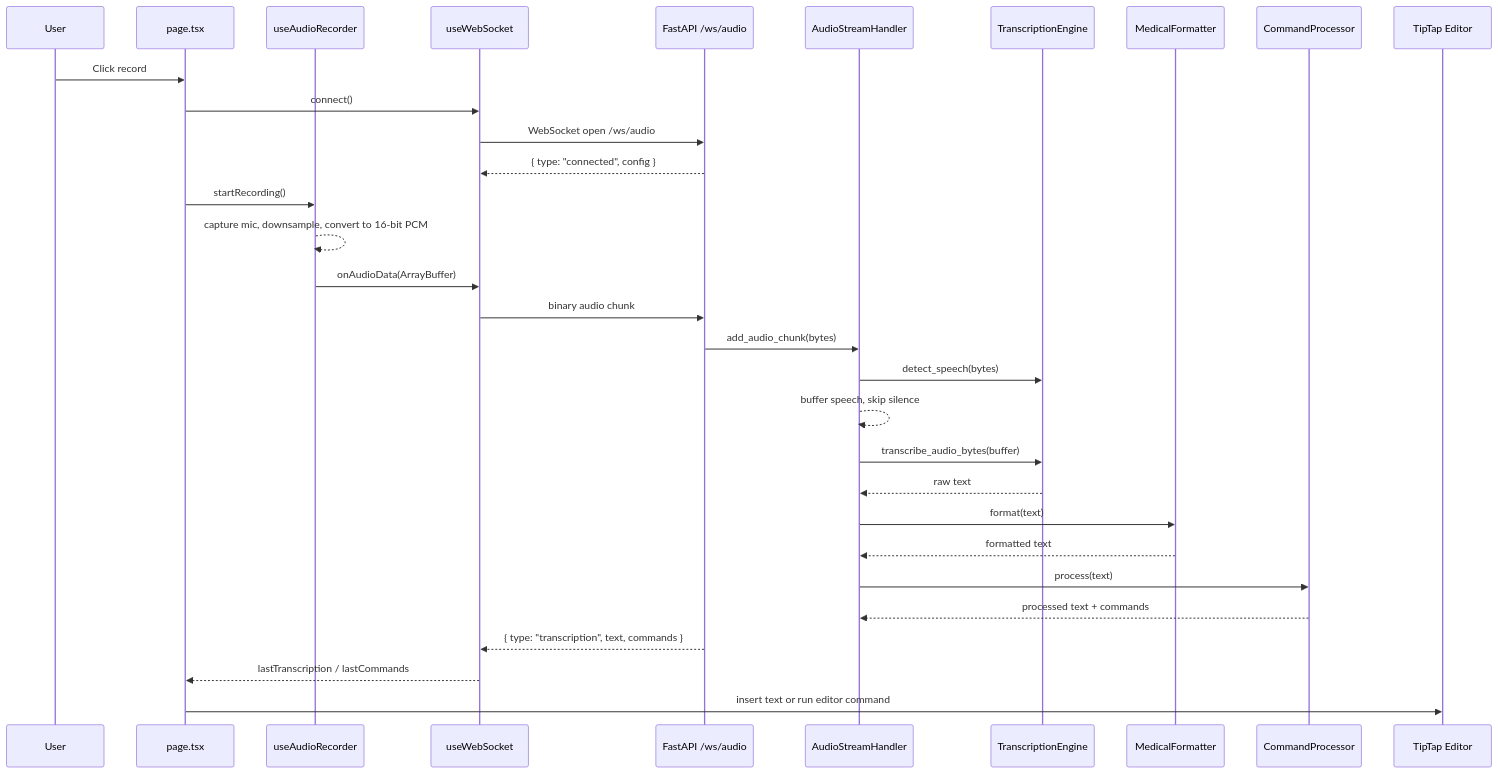
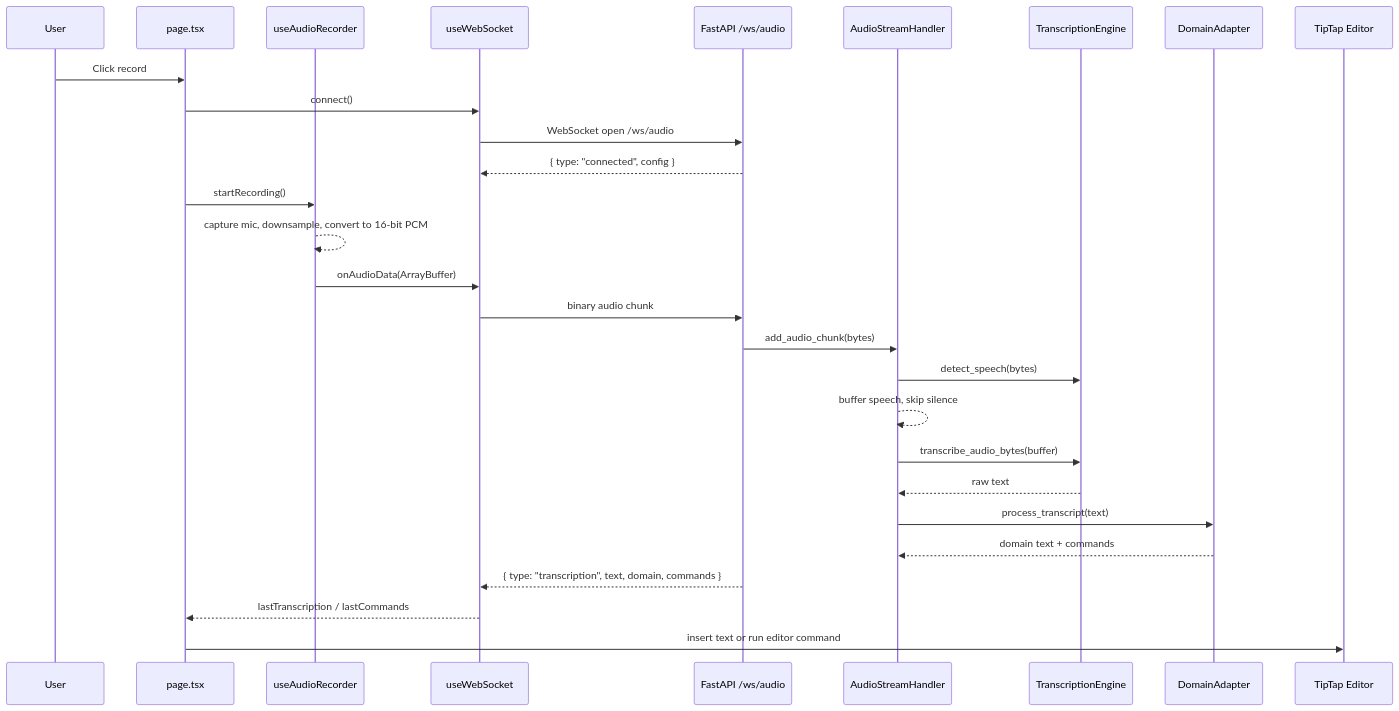
One commit to mrimmortal/Trans changed the second of 4 diagrams in medical-dictation/ARCHITECTURE_GRAPH.md. Above: the diagram before and after it, drawn with Mermaid. The commit also changed other lines of this file and 20 other files, not shown here.

````diff
--- a/medical-dictation/ARCHITECTURE_GRAPH.md
+++ b/medical-dictation/ARCHITECTURE_GRAPH.md
@@ -86,34 +88,31 @@
 ```mermaid
 sequenceDiagram
   participant U as User
   participant P as page.tsx
   participant R as useAudioRecorder
   participant W as useWebSocket
   participant B as FastAPI /ws/audio
   participant H as AudioStreamHandler
   participant E as TranscriptionEngine
-  participant F as MedicalFormatter
-  participant C as CommandProcessor
+  participant D as DomainAdapter
   participant T as TipTap Editor
 
   U->>P: Click record
   P->>W: connect()
   W->>B: WebSocket open /ws/audio
   B-->>W: { type: "connected", config }
   P->>R: startRecording()
   R-->>R: capture mic, downsample, convert to 16-bit PCM
   R->>W: onAudioData(ArrayBuffer)
   W->>B: binary audio chunk
   B->>H: add_audio_chunk(bytes)
   H->>E: detect_speech(bytes)
   H-->>H: buffer speech, skip silence
   H->>E: transcribe_audio_bytes(buffer)
   E-->>H: raw text
-  H->>F: format(text)
-  F-->>H: formatted text
-  H->>C: process(text)
-  C-->>H: processed text + commands
-  B-->>W: { type: "transcription", text, commands }
+  H->>D: process_transcript(text)
+  D-->>H: domain text + commands
+  B-->>W: { type: "transcription", text, domain, commands }
   W-->>P: lastTranscription / lastCommands
   P->>T: insert text or run editor command
 ```
````
